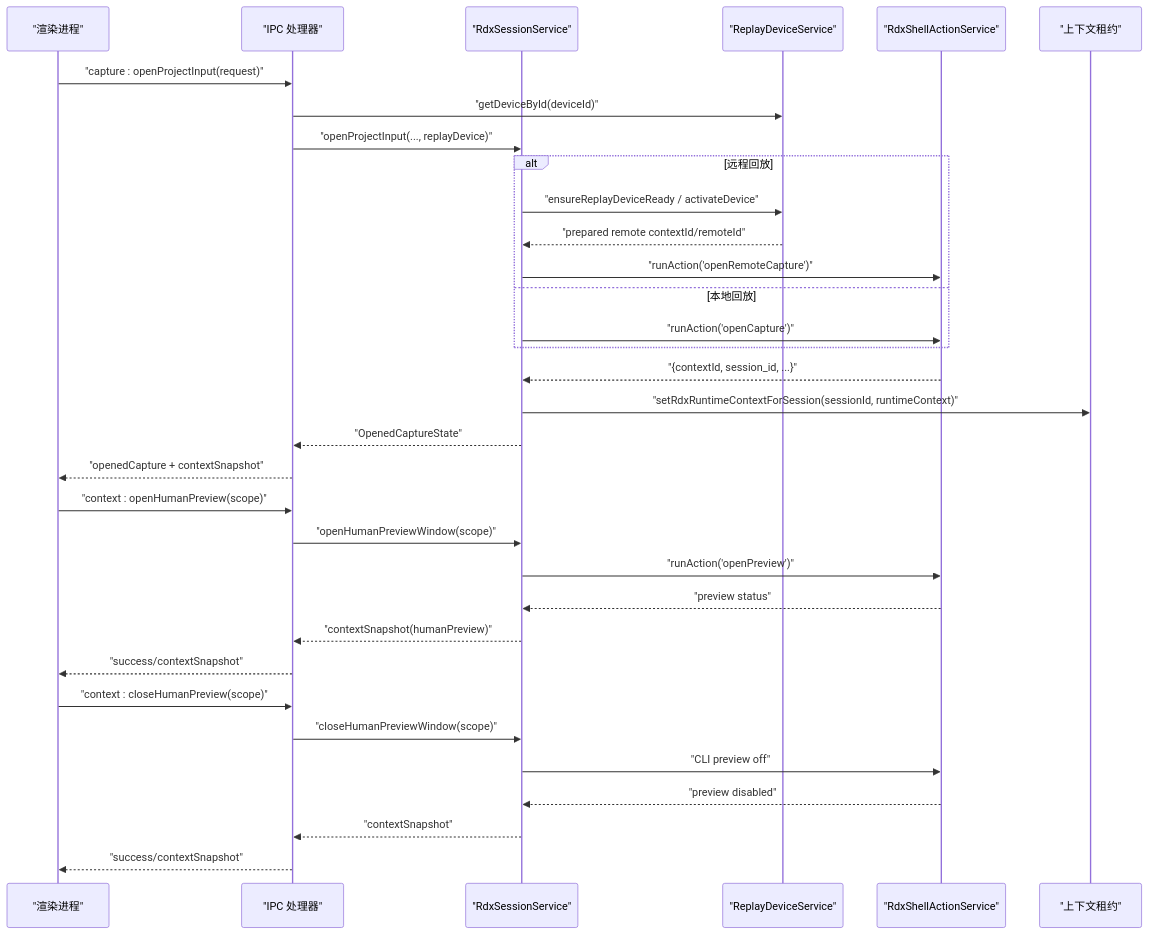
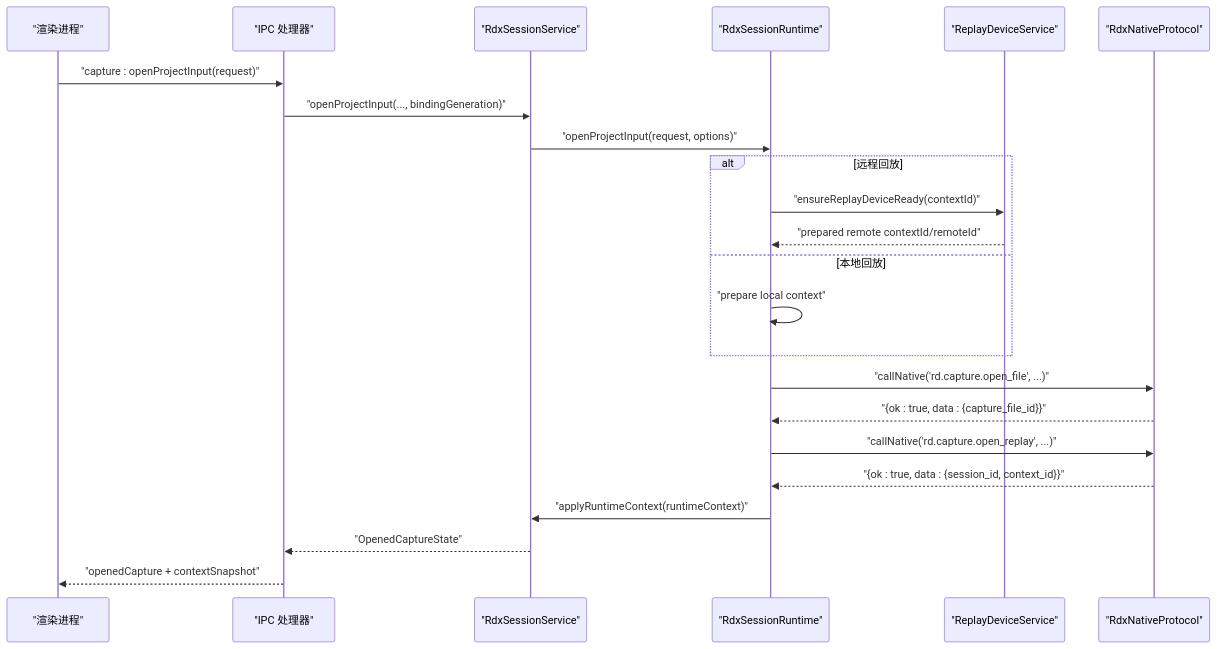
Before and after one commit to haolange/RDC-Agent: the second of 6 diagrams in .qoder/repowiki/zh/content/核心模块/会话管理系统/会话生命周期管理.md, drawn with Mermaid. The commit also changed other lines of this file and 221 other files, not shown here.

````diff
--- a/.qoder/repowiki/zh/content/核心模块/会话管理系统/会话生命周期管理.md
+++ b/.qoder/repowiki/zh/content/核心模块/会话管理系统/会话生命周期管理.md
@@ -73,35 +84,25 @@
 ```mermaid
 sequenceDiagram
 participant UI as "渲染进程"
 participant IPC as "IPC 处理器"
 participant Svc as "RdxSessionService"
+participant Runtime as "RdxSessionRuntime"
 participant Dev as "ReplayDeviceService"
-participant Shell as "RdxShellActionService"
-participant Ctx as "上下文租约"
+participant Native as "RdxNativeProtocol"
 UI->>IPC : "capture : openProjectInput(request)"
-IPC->>Dev : "getDeviceById(deviceId)"
-IPC->>Svc : "openProjectInput(..., replayDevice)"
+IPC->>Svc : "openProjectInput(..., bindingGeneration)"
+Svc->>Runtime : "openProjectInput(request, options)"
 alt 远程回放
-Svc->>Dev : "ensureReplayDeviceReady / activateDevice"
-Dev-->>Svc : "prepared remote contextId/remoteId"
-Svc->>Shell : "runAction('openRemoteCapture')"
+Runtime->>Dev : "ensureReplayDeviceReady(contextId)"
+Dev-->>Runtime : "prepared remote contextId/remoteId"
 else 本地回放
-Svc->>Shell : "runAction('openCapture')"
+Runtime->>Runtime : "prepare local context"
 end
-Shell-->>Svc : "{contextId, session_id, ...}"
-Svc->>Ctx : "setRdxRuntimeContextForSession(sessionId, runtimeContext)"
+Runtime->>Native : "callNative('rd.capture.open_file', ...)"
+Native-->>Runtime : "{ok : true, data : {capture_file_id}}"
+Runtime->>Native : "callNative('rd.capture.open_replay', ...)"
+Native-->>Runtime : "{ok : true, data : {session_id, context_id}}"
+Runtime->>Svc : "applyRuntimeContext(runtimeContext)"
 Svc-->>IPC : "OpenedCaptureState"
 IPC-->>UI : "openedCapture + contextSnapshot"
-UI->>IPC : "context : openHumanPreview(scope)"
-IPC->>Svc : "openHumanPreviewWindow(scope)"
-Svc->>Shell : "runAction('openPreview')"
-Shell-->>Svc : "preview status"
-Svc-->>IPC : "contextSnapshot(humanPreview)"
-IPC-->>UI : "success/contextSnapshot"
-UI->>IPC : "context : closeHumanPreview(scope)"
-IPC->>Svc : "closeHumanPreviewWindow(scope)"
-Svc->>Shell : "CLI preview off"
-Shell-->>Svc : "preview disabled"
-Svc-->>IPC : "contextSnapshot"
-IPC-->>UI : "success/contextSnapshot"
 ```
````
